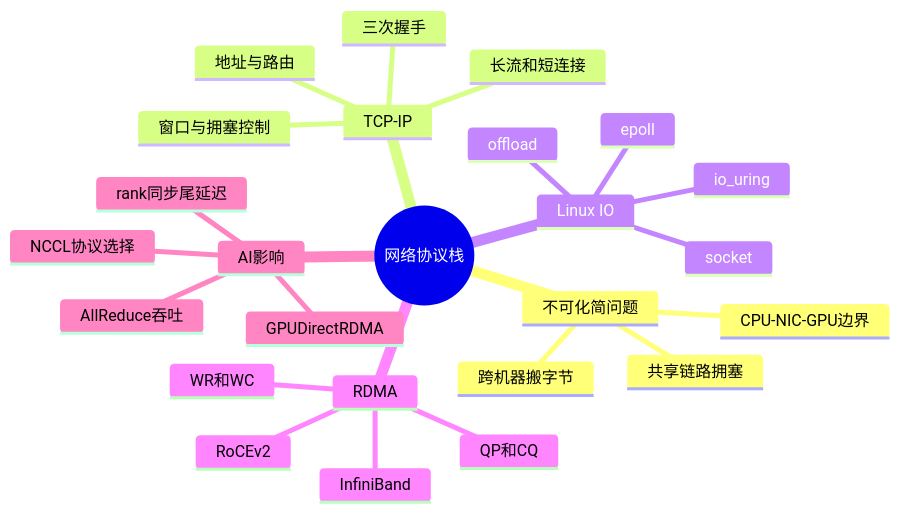
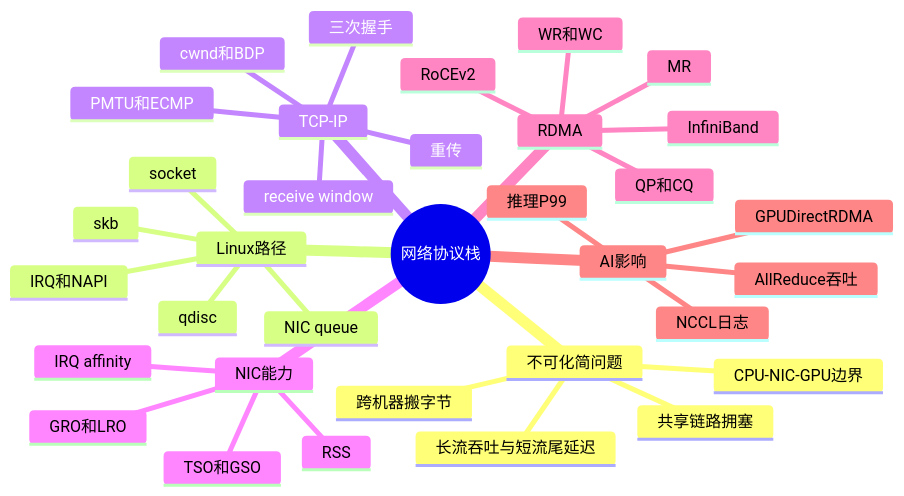
One commit to qxhy123/learn changed the first of 8 diagrams in ai-infra-tutorial/part0-foundations-of-systems/0d-network-stack-fundamentals.md. Above: the diagram before and after it, drawn with Mermaid. The commit also changed other lines of this file and 39 other files, not shown here.

First line of the commit message:
Split Part 0a CPU microarchitecture into 8 deep-dive chapters

````diff
--- a/ai-infra-tutorial/part0-foundations-of-systems/0d-network-stack-fundamentals.md
+++ b/ai-infra-tutorial/part0-foundations-of-systems/0d-network-stack-fundamentals.md
@@ -23,28 +42,37 @@
 ```mermaid
 mindmap
   root((网络协议栈))
     不可化简问题
       跨机器搬字节
       共享链路拥塞
       CPU-NIC-GPU边界
+      长流吞吐与短流尾延迟
+    Linux路径
+      socket
+      skb
+      qdisc
+      NIC queue
+      IRQ和NAPI
     TCP-IP
-      地址与路由
       三次握手
-      窗口与拥塞控制
-      长流和短连接
-    Linux IO
-      socket
-      epoll
-      io_uring
-      offload
+      receive window
+      cwnd和BDP
+      重传
+      PMTU和ECMP
+    NIC能力
+      TSO和GSO
+      GRO和LRO
+      RSS
+      IRQ affinity
     RDMA
+      MR
       QP和CQ
       WR和WC
       RoCEv2
       InfiniBand
     AI影响
       AllReduce吞吐
-      rank同步尾延迟
+      推理P99
       GPUDirectRDMA
-      NCCL协议选择
+      NCCL日志
 ```
````
